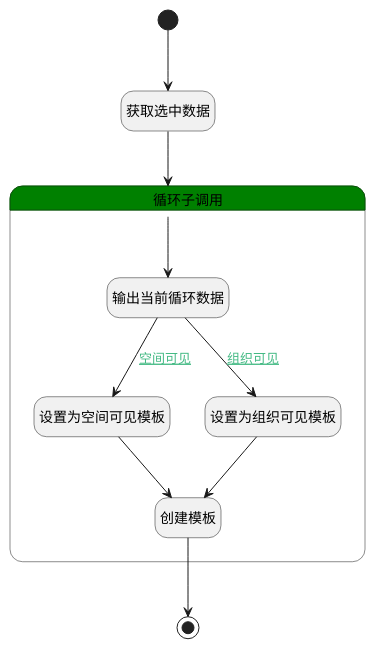
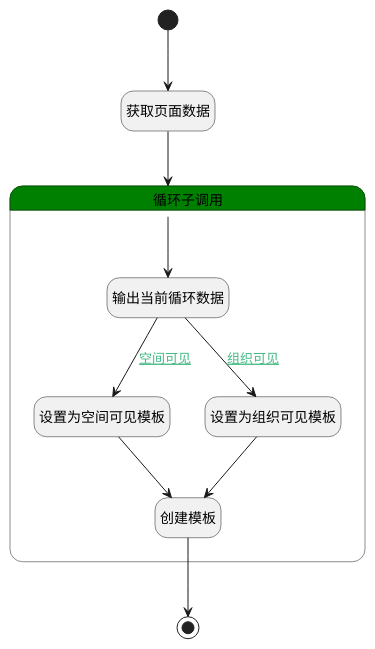
The diagram in doc/docsify/module/Wiki/article_page/logic/save_to_stencil.md (iBizLab/plm), drawn with PlantUML before and after one commit. The commit also changed other lines of this file and 1068 other files, not shown here.

````diff
--- a/doc/docsify/module/Wiki/article_page/logic/save_to_stencil.md
+++ b/doc/docsify/module/Wiki/article_page/logic/save_to_stencil.md
@@ -7,33 +7,33 @@
 ```plantuml
 @startuml
 hide empty description
 <style>
 root {
   HyperlinkColor #42b983
 }
 </style>
 
 hide empty description
 state "开始" as Begin <<start>> [[$./save_to_stencil#begin {"开始"}]]
 state "结束" as END1 <<end>> [[$./save_to_stencil#end1 {"结束"}]]
-state "获取选中数据" as PREPAREPARAM1  [[$./save_to_stencil#prepareparam1 {"获取选中数据"}]]
+state "获取页面数据" as PREPAREPARAM1  [[$./save_to_stencil#prepareparam1 {"获取页面数据"}]]
 state "循环子调用" as LOOPSUBCALL1  [[$./save_to_stencil#loopsubcall1 {"循环子调用"}]] #green {
 state "输出当前循环数据" as DEBUGPARAM2  [[$./save_to_stencil#debugparam2 {"输出当前循环数据"}]]
 state "设置为空间可见模板" as PREPAREPARAM2  [[$./save_to_stencil#prepareparam2 {"设置为空间可见模板"}]]
 state "设置为组织可见模板" as PREPAREPARAM3  [[$./save_to_stencil#prepareparam3 {"设置为组织可见模板"}]]
 state "创建模板" as DEACTION1  [[$./save_to_stencil#deaction1 {"创建模板"}]]
 }
 
 
 Begin --> PREPAREPARAM1
 PREPAREPARAM1 --> LOOPSUBCALL1
 LOOPSUBCALL1 --> DEBUGPARAM2
 DEBUGPARAM2 --> PREPAREPARAM2 : [[$./save_to_stencil#debugparam2-prepareparam2{空间可见} 空间可见]]
 PREPAREPARAM2 --> DEACTION1
 DEACTION1 --> END1
 DEBUGPARAM2 --> PREPAREPARAM3 : [[$./save_to_stencil#debugparam2-prepareparam3{组织可见} 组织可见]]
 PREPAREPARAM3 --> DEACTION1
 
 
 @enduml
 ```
````
